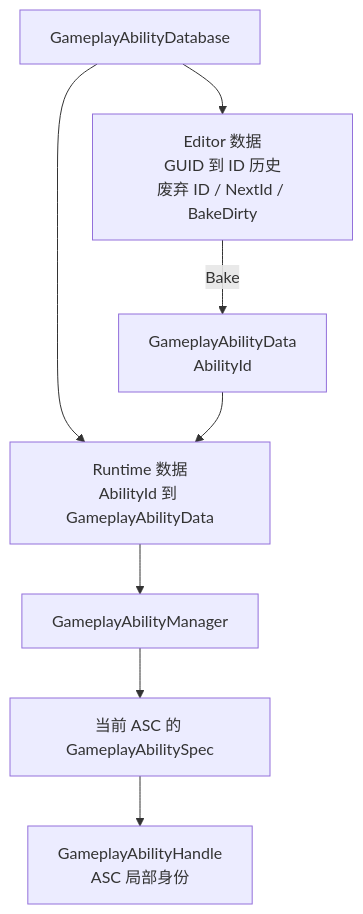
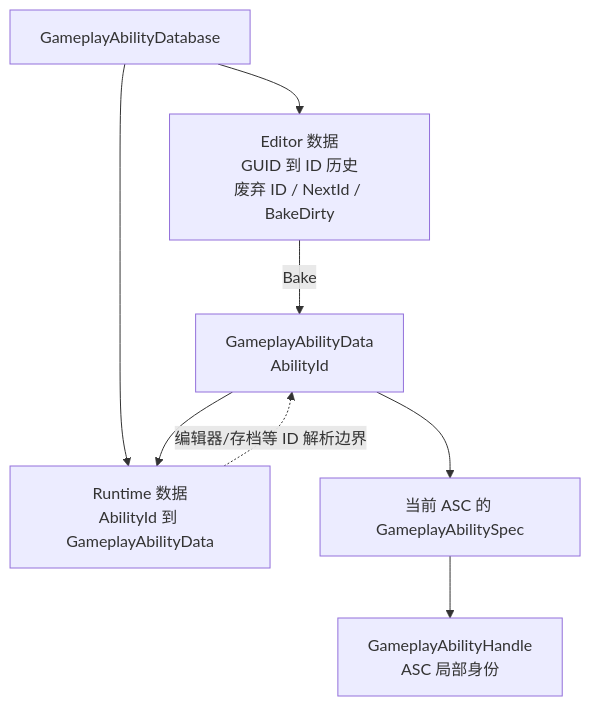
One commit to Whitesheeeep/3DRPG changed diagram 11 of 16 in Assets/GAS_Light/设计md/GameplayAbilityGameplay.md. Above: the diagram before and after it, drawn with Mermaid. The commit also changed other lines of this file and 98 other files, not shown here.

````diff
--- a/Assets/GAS_Light/设计md/GameplayAbilityGameplay.md
+++ b/Assets/GAS_Light/设计md/GameplayAbilityGameplay.md
@@ -344,15 +346,14 @@
 ```mermaid
 flowchart TD
     Database["GameplayAbilityDatabase"]
     Editor["Editor 数据<br/>GUID 到 ID 历史<br/>废弃 ID / NextId / BakeDirty"]
     Runtime["Runtime 数据<br/>AbilityId 到 GameplayAbilityData"]
     Data["GameplayAbilityData<br/>AbilityId"]
-    Manager["GameplayAbilityManager"]
-    Manager --> Spec["当前 ASC 的 GameplayAbilitySpec"]
+    Data --> Spec["当前 ASC 的 GameplayAbilitySpec"]
     Spec --> Handle["GameplayAbilityHandle<br/>ASC 局部身份"]
     Database --> Editor
     Database --> Runtime
     Editor -->|Bake| Data
     Data --> Runtime
-    Runtime --> Manager
+    Runtime -. 编辑器/存档等 ID 解析边界 .-> Data
 ```
````
